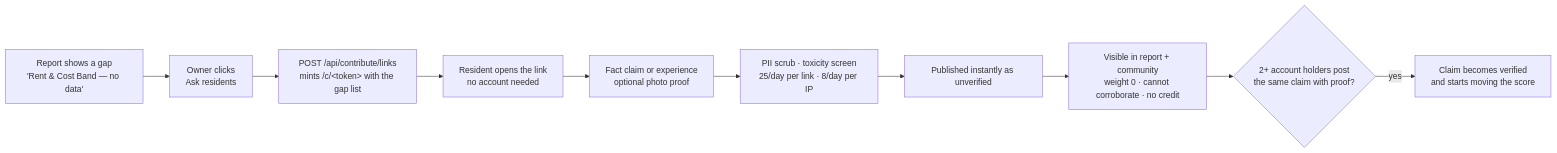
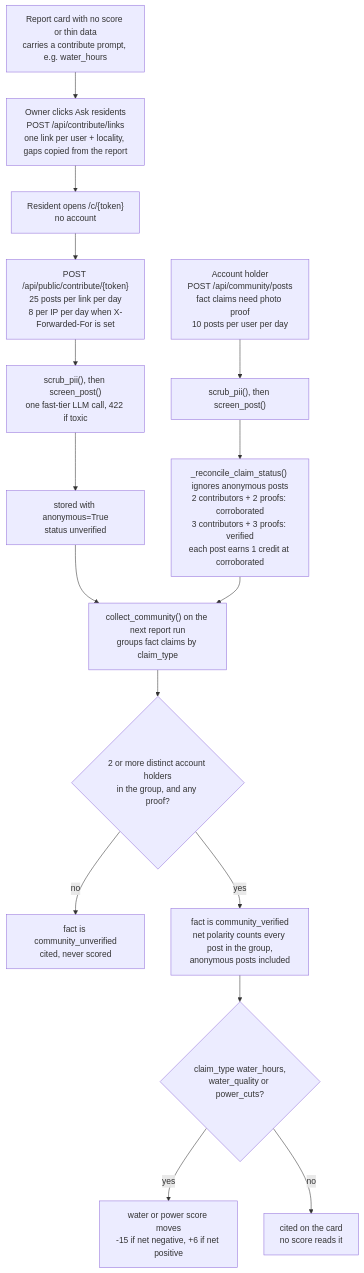
One commit to Pranay0083/LocalIQ changed the diagram in project/diagrams/contribution-flow.mmd. Above: the diagram before and after it, drawn with Mermaid. The commit also changed 79 other files, not shown here.

First line of the commit message:
Rewrite project docs, diagrams and screenshots against the code

```diff
--- a/project/diagrams/contribution-flow.mmd
+++ b/project/diagrams/contribution-flow.mmd
@@ -1,10 +1,18 @@
-flowchart LR
-    R["Report shows a gap<br/>'Rent & Cost Band — no data'"] --> I["Owner clicks<br/>Ask residents"]
-    I --> L["POST /api/contribute/links<br/>mints /c/&lt;token&gt; with the gap list"]
-    L --> S["Resident opens the link<br/>no account needed"]
-    S --> F["Fact claim or experience<br/>optional photo proof"]
-    F --> SCRUB["PII scrub · toxicity screen<br/>25/day per link · 8/day per IP"]
-    SCRUB --> PUB["Published instantly as unverified"]
-    PUB --> V["Visible in report + community<br/>weight 0 · cannot corroborate · no credit"]
-    V --> UP{"2+ account holders post<br/>the same claim with proof?"}
-    UP -->|yes| VER["Claim becomes verified<br/>and starts moving the score"]
+flowchart TB
+    R["Report card with no score or thin data<br/>carries a contribute prompt, e.g. water_hours"] --> L["Owner clicks Ask residents<br/>POST /api/contribute/links<br/>one link per user + locality, gaps copied from the report"]
+    L --> O["Resident opens /c/{token}<br/>no account"]
+    O --> P["POST /api/public/contribute/{token}<br/>25 posts per link per day<br/>8 per IP per day when X-Forwarded-For is set"]
+    P --> S1["scrub_pii(), then screen_post()<br/>one fast-tier LLM call, 422 if toxic"]
+    S1 --> AN["stored with anonymous=True<br/>status unverified"]
+
+    A["Account holder<br/>POST /api/community/posts<br/>fact claims need photo proof<br/>10 posts per user per day"] --> S2["scrub_pii(), then screen_post()"]
+    S2 --> RC["_reconcile_claim_status() ignores anonymous posts<br/>2 contributors + 2 proofs: corroborated<br/>3 contributors + 3 proofs: verified<br/>each post earns 1 credit at corroborated"]
+
+    AN --> CC["collect_community() on the next report run<br/>groups fact claims by claim_type"]
+    RC --> CC
+    CC --> Q{"2 or more distinct account holders<br/>in the group, and any proof?"}
+    Q -->|"no"| UV["fact is community_unverified<br/>cited, never scored"]
+    Q -->|"yes"| CV["fact is community_verified<br/>net polarity counts every post in the group,<br/>anonymous posts included"]
+    CV --> W{"claim_type water_hours,<br/>water_quality or power_cuts?"}
+    W -->|"yes"| MV["water or power score moves<br/>-15 if net negative, +6 if net positive"]
+    W -->|"no"| NM["cited on the card<br/>no score reads it"]
```
